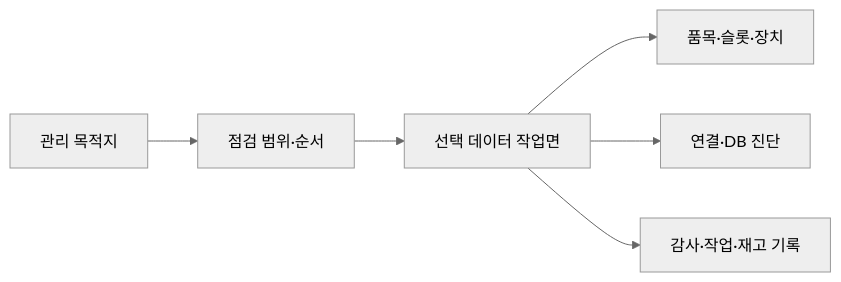
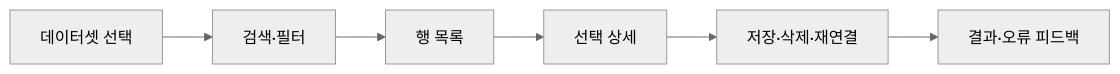
The diagram in main_server/frontend/web/docs/ADMIN_WORKSPACE.md (eduwing-robotics/ros2-ai-amr-repo3), drawn with Mermaid (neutral theme) before and after one commit. The commit also changed other lines of this file and 167 other files, not shown here.

````diff
--- a/main_server/frontend/web/docs/ADMIN_WORKSPACE.md
+++ b/main_server/frontend/web/docs/ADMIN_WORKSPACE.md
@@ -16,8 +37,8 @@
 ```mermaid
 flowchart LR
-  Rail[관리 목적지] --> Context[점검 범위·순서]
-  Context --> Workbench[선택 데이터 작업면]
-  Workbench --> Master[품목·슬롯·장치]
-  Workbench --> Diagnose[연결·DB 진단]
-  Workbench --> Records[감사·작업·재고 기록]
+  Dataset[데이터셋 선택] --> Filter[검색·필터]
+  Filter --> Rows[행 목록]
+  Rows --> Detail[선택 상세]
+  Detail --> Action[저장·삭제·재연결]
+  Action --> Feedback[결과·오류 피드백]
 ```
````
